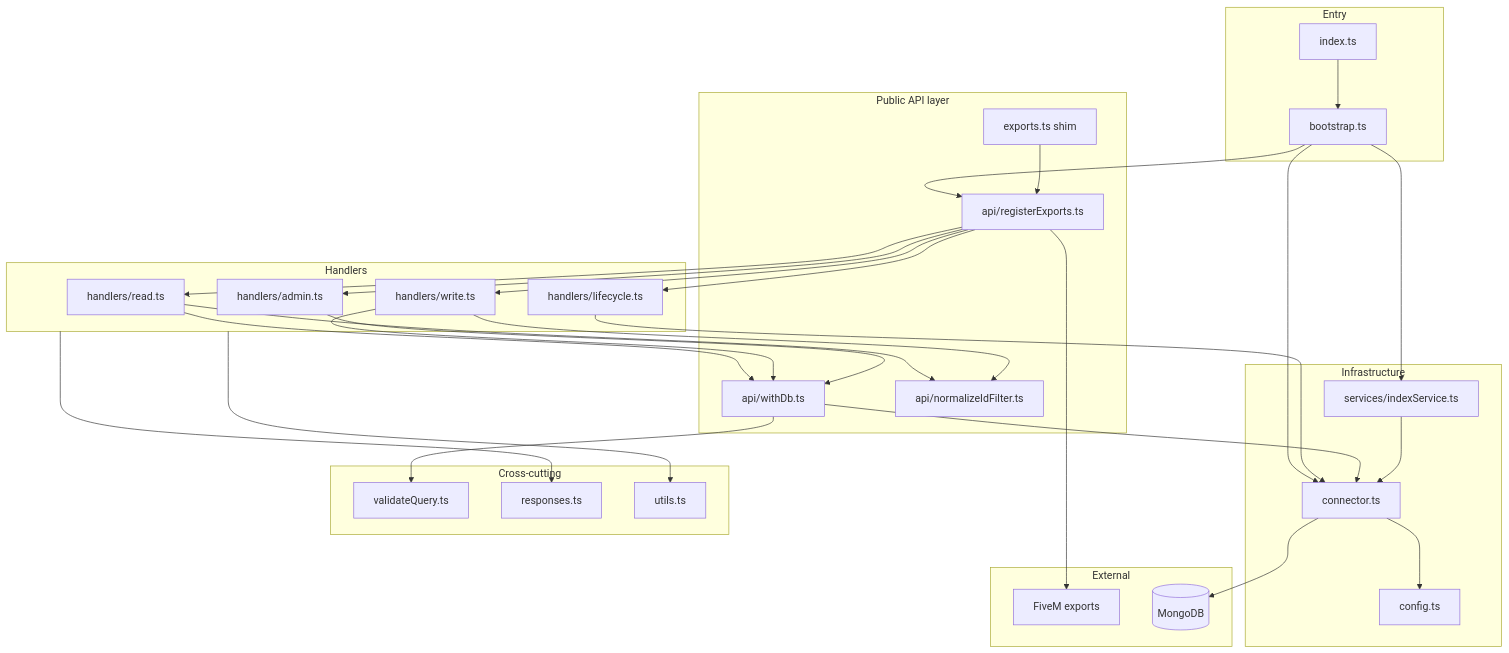
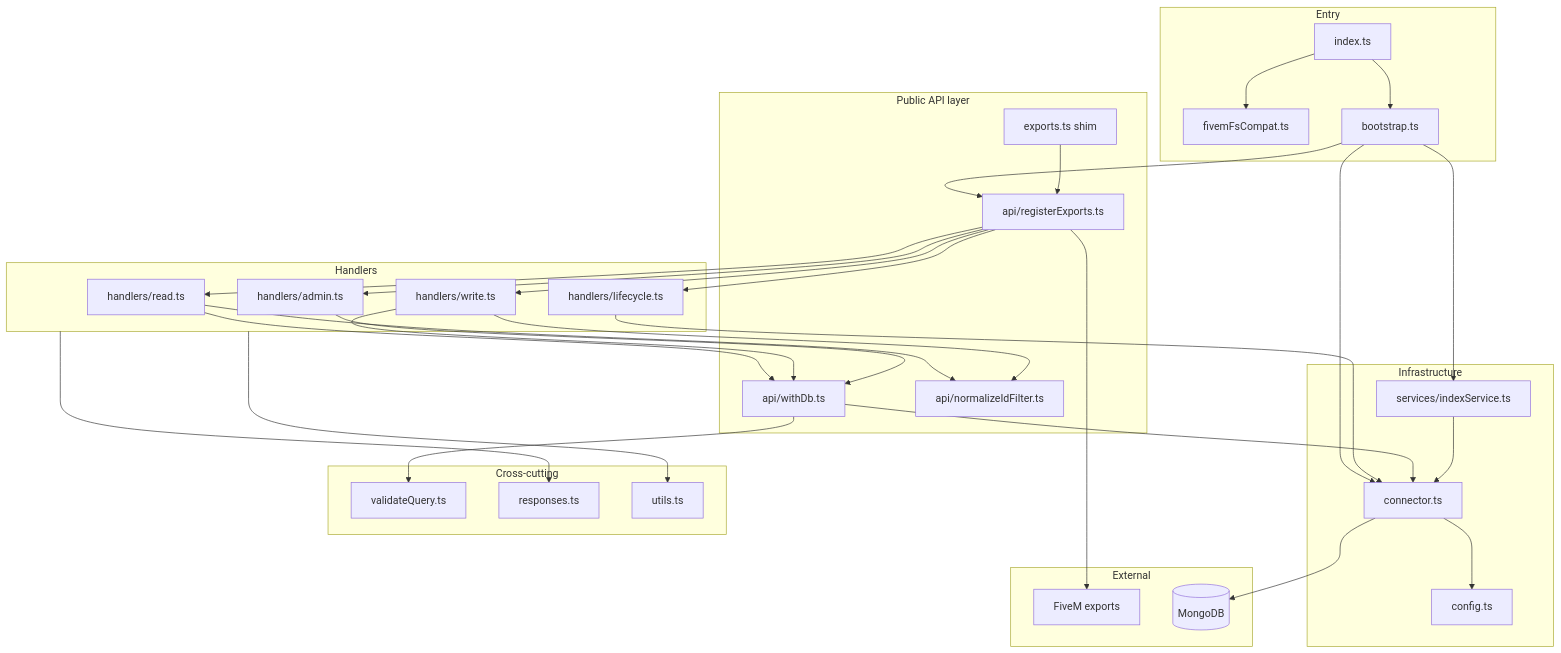
One commit to RaP-SoR/cfx-monodb changed the second of 2 diagrams in docs/ARCHITECTURE.md. Above: the diagram before and after it, drawn with Mermaid. The commit also changed other lines of this file and 8 other files, not shown here.

````diff
--- a/docs/ARCHITECTURE.md
+++ b/docs/ARCHITECTURE.md
@@ -59,62 +64,64 @@
 ```mermaid
 flowchart TB
   subgraph entry [Entry]
     index[index.ts]
+    fsCompat[fivemFsCompat.ts]
     bootstrap[bootstrap.ts]
   end
 
   subgraph infra [Infrastructure]
     connector[connector.ts]
     config[config.ts]
     indexSvc[services/indexService.ts]
   end
 
   subgraph api [Public API layer]
     shim[exports.ts shim]
     reg[api/registerExports.ts]
     withDb[api/withDb.ts]
     norm[api/normalizeIdFilter.ts]
   end
 
   subgraph handlers [Handlers]
     read[handlers/read.ts]
     write[handlers/write.ts]
     admin[handlers/admin.ts]
     life[handlers/lifecycle.ts]
   end
 
   subgraph cross [Cross-cutting]
     validate[validateQuery.ts]
     responses[responses.ts]
     utils[utils.ts]
   end
 
   subgraph external [External]
     fivem[FiveM exports]
     mongo[(MongoDB)]
   end
 
+  index --> fsCompat
   index --> bootstrap
   bootstrap --> connector
   bootstrap --> reg
   bootstrap --> indexSvc
   shim --> reg
   reg --> read
   reg --> write
   reg --> admin
   reg --> life
   read --> withDb
   write --> withDb
   admin --> withDb
   life --> connector
   withDb --> connector
   withDb --> validate
   read --> norm
   write --> norm
   connector --> config
   connector --> mongo
   indexSvc --> connector
   handlers --> responses
   handlers --> utils
   reg --> fivem
 ```
````
